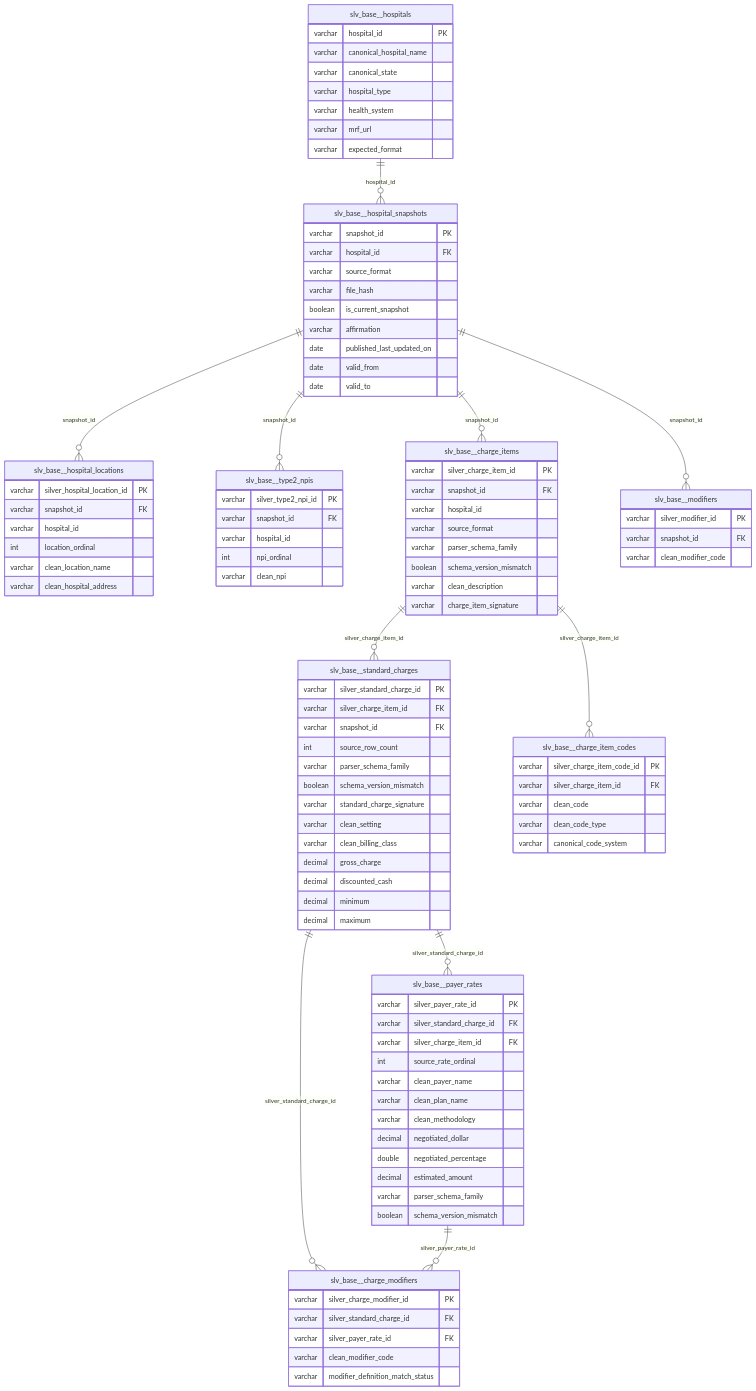
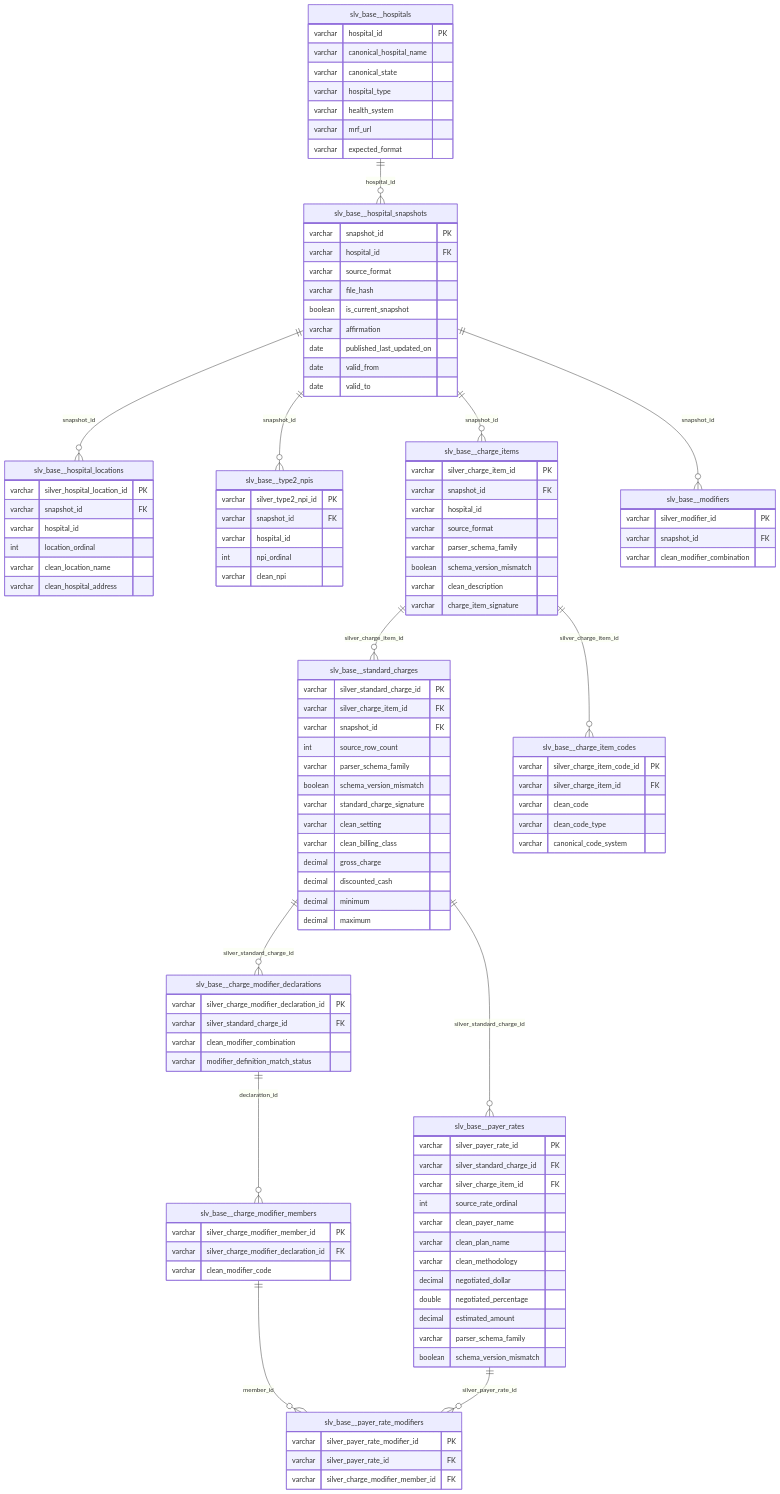
The third of 3 diagrams in docs/architecture/silver-schema.md (jakegussler/hospital-price-transparency-analytics), drawn with Mermaid before and after one commit. The commit also changed other lines of this file and 2 other files, not shown here.

Commit message:
docs: update docs to include split between CSV charge rows with code and purely modifier rows, along with split between declarations and members

````diff
--- a/docs/architecture/silver-schema.md
+++ b/docs/architecture/silver-schema.md
@@ -538,7 +534,7 @@
     slv_base__modifiers {
         varchar silver_modifier_id PK
         varchar snapshot_id FK
-        varchar clean_modifier_code
+        varchar clean_modifier_combination
     }
 
     slv_base__payer_rates {
@@ -556,12 +552,23 @@
         boolean schema_version_mismatch
     }
 
-    slv_base__charge_modifiers {
-        varchar silver_charge_modifier_id PK
+    slv_base__charge_modifier_declarations {
+        varchar silver_charge_modifier_declaration_id PK
         varchar silver_standard_charge_id FK
+        varchar clean_modifier_combination
+        varchar modifier_definition_match_status
+    }
+
+    slv_base__charge_modifier_members {
+        varchar silver_charge_modifier_member_id PK
+        varchar silver_charge_modifier_declaration_id FK
+        varchar clean_modifier_code
+    }
+
+    slv_base__payer_rate_modifiers {
+        varchar silver_payer_rate_modifier_id PK
         varchar silver_payer_rate_id FK
-        varchar clean_modifier_code
-        varchar modifier_definition_match_status
+        varchar silver_charge_modifier_member_id FK
     }
 
     slv_base__hospitals ||--o{ slv_base__hospital_snapshots : "hospital_id"
@@ -572,6 +579,8 @@
     slv_base__charge_items ||--o{ slv_base__standard_charges : "silver_charge_item_id"
     slv_base__charge_items ||--o{ slv_base__charge_item_codes : "silver_charge_item_id"
     slv_base__standard_charges ||--o{ slv_base__payer_rates : "silver_standard_charge_id"
-    slv_base__standard_charges ||--o{ slv_base__charge_modifiers : "silver_standard_charge_id"
-    slv_base__payer_rates ||--o{ slv_base__charge_modifiers : "silver_payer_rate_id"
+    slv_base__standard_charges ||--o{ slv_base__charge_modifier_declarations : "silver_standard_charge_id"
+    slv_base__charge_modifier_declarations ||--o{ slv_base__charge_modifier_members : "declaration_id"
+    slv_base__charge_modifier_members ||--o{ slv_base__payer_rate_modifiers : "member_id"
+    slv_base__payer_rates ||--o{ slv_base__payer_rate_modifiers : "silver_payer_rate_id"
 ```
````
